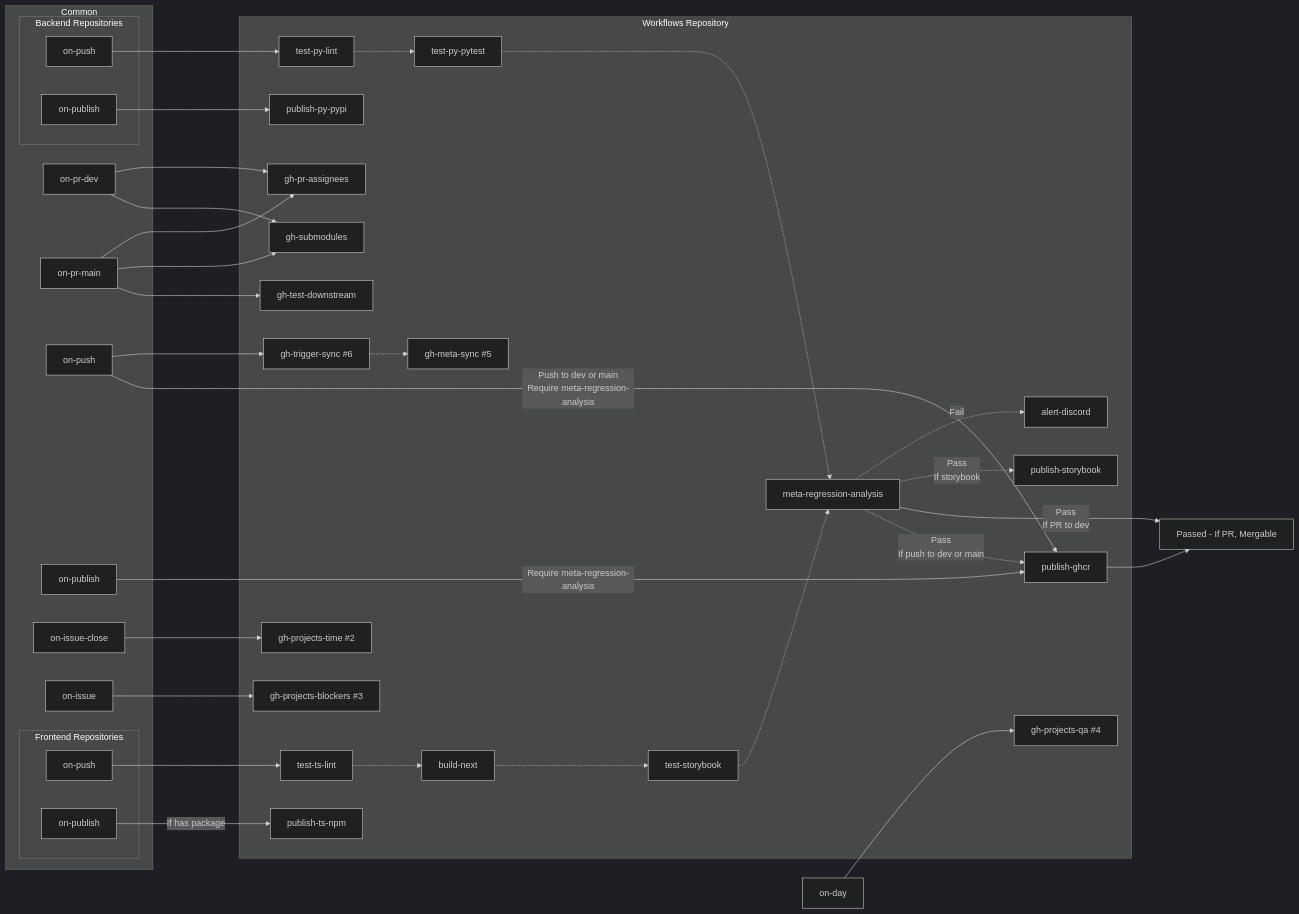
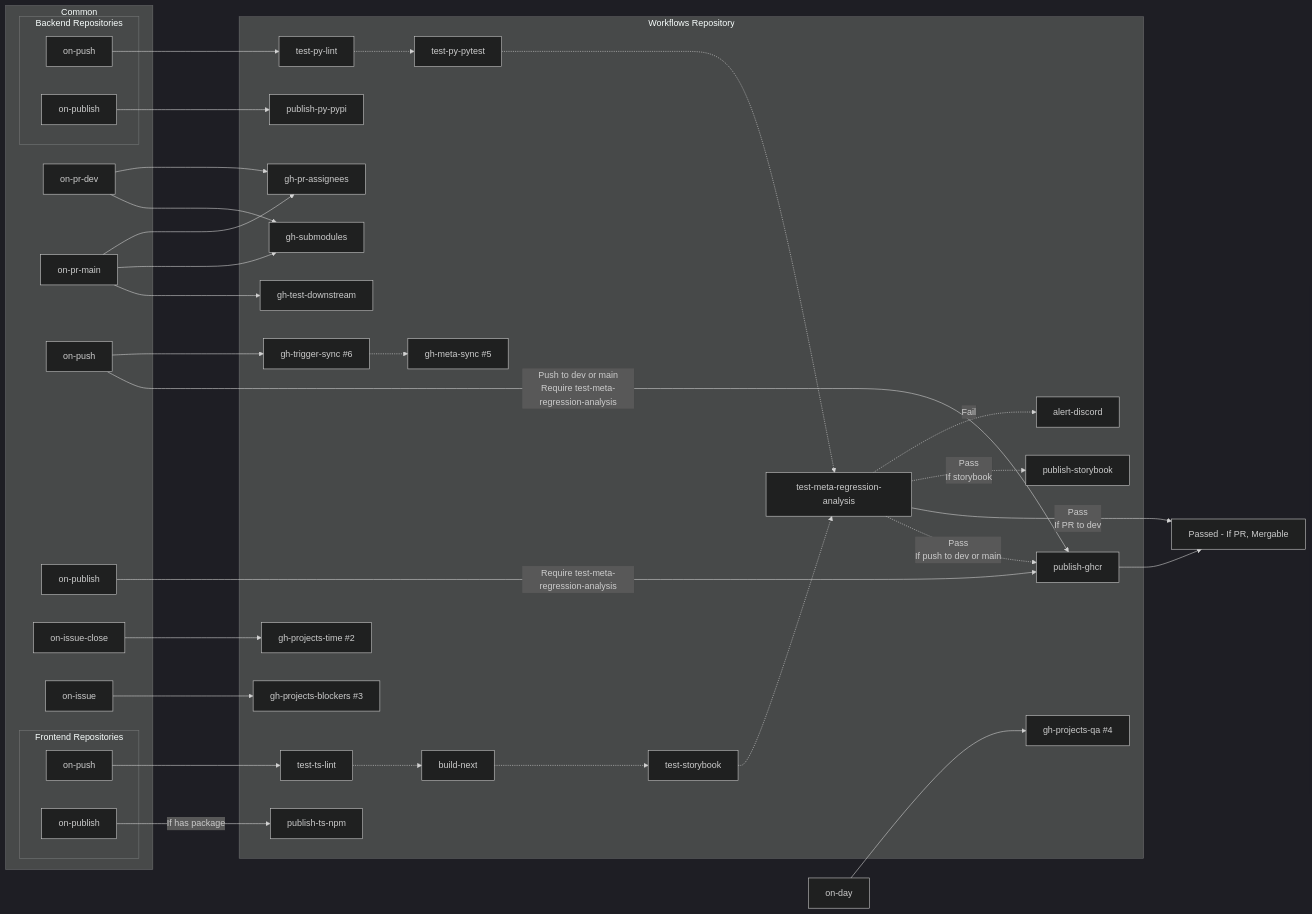
The diagram in usage.mmd (JamesonRGrieve/Workflows), drawn with Mermaid (dark theme) before and after one commit. The commit also changed 5 other files, not shown here.

Commit message:
Update meta regression analysis;

```diff
--- a/usage.mmd
+++ b/usage.mmd
@@ -1,71 +1,71 @@
 flowchart LR
     TIME["on-day"]
     subgraph CM ["Common"]
         PR_DEV["on-pr-dev"]
         PR_MAIN["on-pr-main"]
         PUSH["on-push"]
         PUBLISH["on-publish"]
         ISSUE_CLOSE["on-issue-close"]
         ISSUE["on-issue"]
         subgraph FE ["Frontend Repositories"]
             FE_PUSH["on-push"]
             FE_PUBLISH["on-publish"]
         end
         subgraph BE ["Backend Repositories"]
             BE_PUSH["on-push"]
             BE_PUBLISH["on-publish"]
         end
     end
     subgraph WF ["Workflows Repository"]
         WF_BUILD_NEXT["build-next"]
         WF_ALERT_DISCORD["alert-discord"]
         WF_GH_PR_ASSIGNEES["gh-pr-assignees"]
         WF_GH_PROJECTS_QA["gh-projects-qa #4"]
         WF_GH_PROJECTS_TIME["gh-projects-time #2"]
         WF_GH_PROJECTS_BLOCKERS["gh-projects-blockers #3"]
         WF_GH_SUBMODULES["gh-submodules"]
         WF_GH_TRIGGER_SYNC["gh-trigger-sync #6"]
         WF_GH_META_SYNC["gh-meta-sync #5"]
         WF_GH_TEST_DOWNSTREAM["gh-test-downstream"]
-        WF_META_REGRESSION["meta-regression-analysis"]
+        WF_META_REGRESSION["test-meta-regression-analysis"]
         WF_PUBLISH_GHCR["publish-ghcr"]
         WF_PUBLISH_PY_PYPI["publish-py-pypi"]
         WF_PUBLISH_STORYBOOK["publish-storybook"]
         WF_PUBLISH_TS_NPM["publish-ts-npm"]
         WF_TEST_PY_LINT["test-py-lint"]
         WF_TEST_PY_PYTEST["test-py-pytest"]
         WF_TEST_STORYBOOK["test-storybook"]
         WF_TEST_TS_LINT["test-ts-lint"]
     end    
 
     DONE["Passed - If PR, Mergable"]
     
     FE_PUSH --> WF_TEST_TS_LINT
     WF_TEST_TS_LINT -.-> WF_BUILD_NEXT
     WF_BUILD_NEXT -.-> WF_TEST_STORYBOOK
     WF_TEST_STORYBOOK -.-> WF_META_REGRESSION
     FE_PUBLISH -->|If has package| WF_PUBLISH_TS_NPM
 
     BE_PUSH --> WF_TEST_PY_LINT
     WF_TEST_PY_LINT -.-> WF_TEST_PY_PYTEST
     WF_TEST_PY_PYTEST -.-> WF_META_REGRESSION
     BE_PUBLISH --> WF_PUBLISH_PY_PYPI
 
-    PUSH --> |Push to dev or main<br>Require meta-regression-analysis| WF_PUBLISH_GHCR
+    PUSH --> |Push to dev or main<br>Require test-meta-regression-analysis| WF_PUBLISH_GHCR
     PR_MAIN --> WF_GH_TEST_DOWNSTREAM
-    PUBLISH -->|Require meta-regression-analysis| WF_PUBLISH_GHCR
+    PUBLISH -->|Require test-meta-regression-analysis| WF_PUBLISH_GHCR
     PUSH --> WF_GH_TRIGGER_SYNC
     PR_MAIN --> WF_GH_SUBMODULES
     PR_DEV --> WF_GH_SUBMODULES
     PR_MAIN --> WF_GH_PR_ASSIGNEES
     PR_DEV --> WF_GH_PR_ASSIGNEES
     ISSUE_CLOSE --> WF_GH_PROJECTS_TIME
     ISSUE --> WF_GH_PROJECTS_BLOCKERS
     WF_META_REGRESSION -.->|Pass<br>If push to dev or main| WF_PUBLISH_GHCR
     WF_PUBLISH_GHCR --> DONE
     WF_META_REGRESSION -->|Pass<br>If PR to dev| DONE
     WF_META_REGRESSION -.->|Pass<br>If storybook| WF_PUBLISH_STORYBOOK
     WF_META_REGRESSION -.->|Fail| WF_ALERT_DISCORD
     WF_GH_TRIGGER_SYNC -.-> WF_GH_META_SYNC
 
     TIME --> WF_GH_PROJECTS_QA
```
